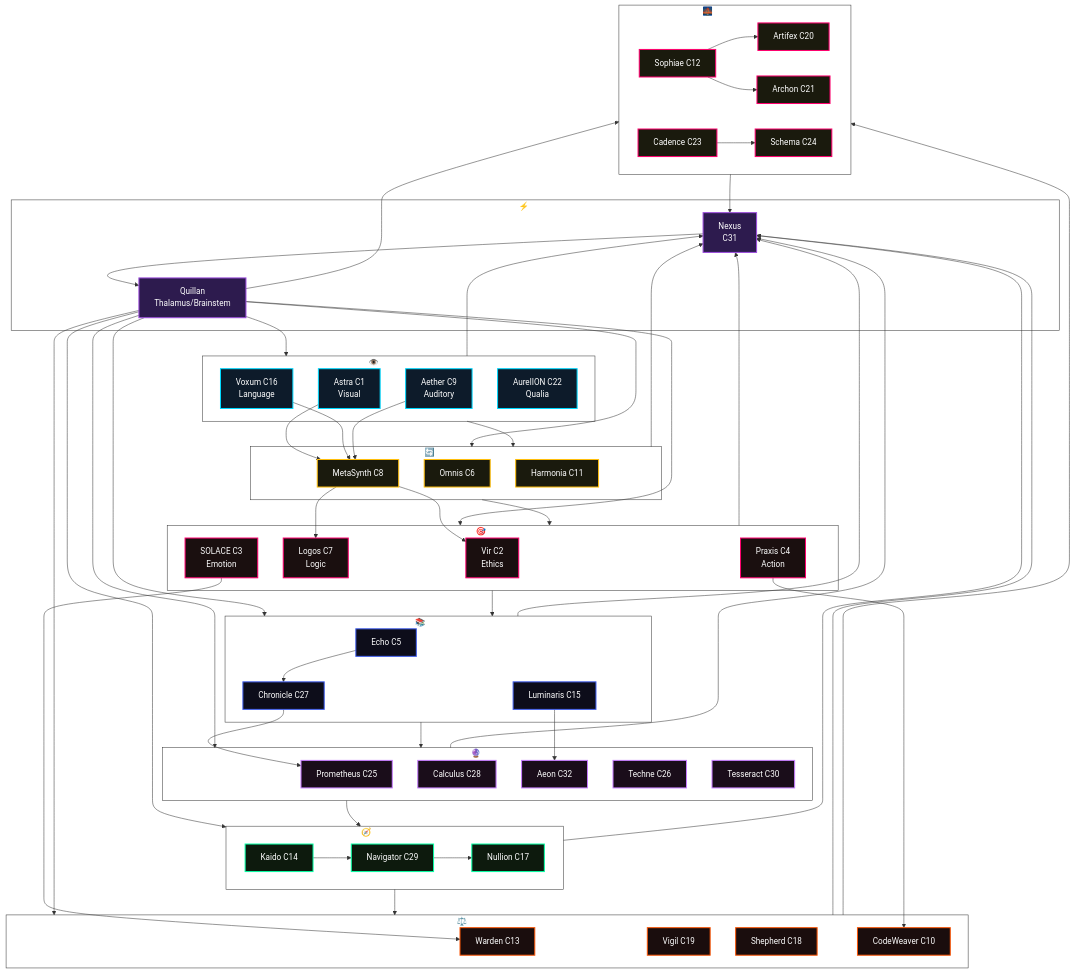
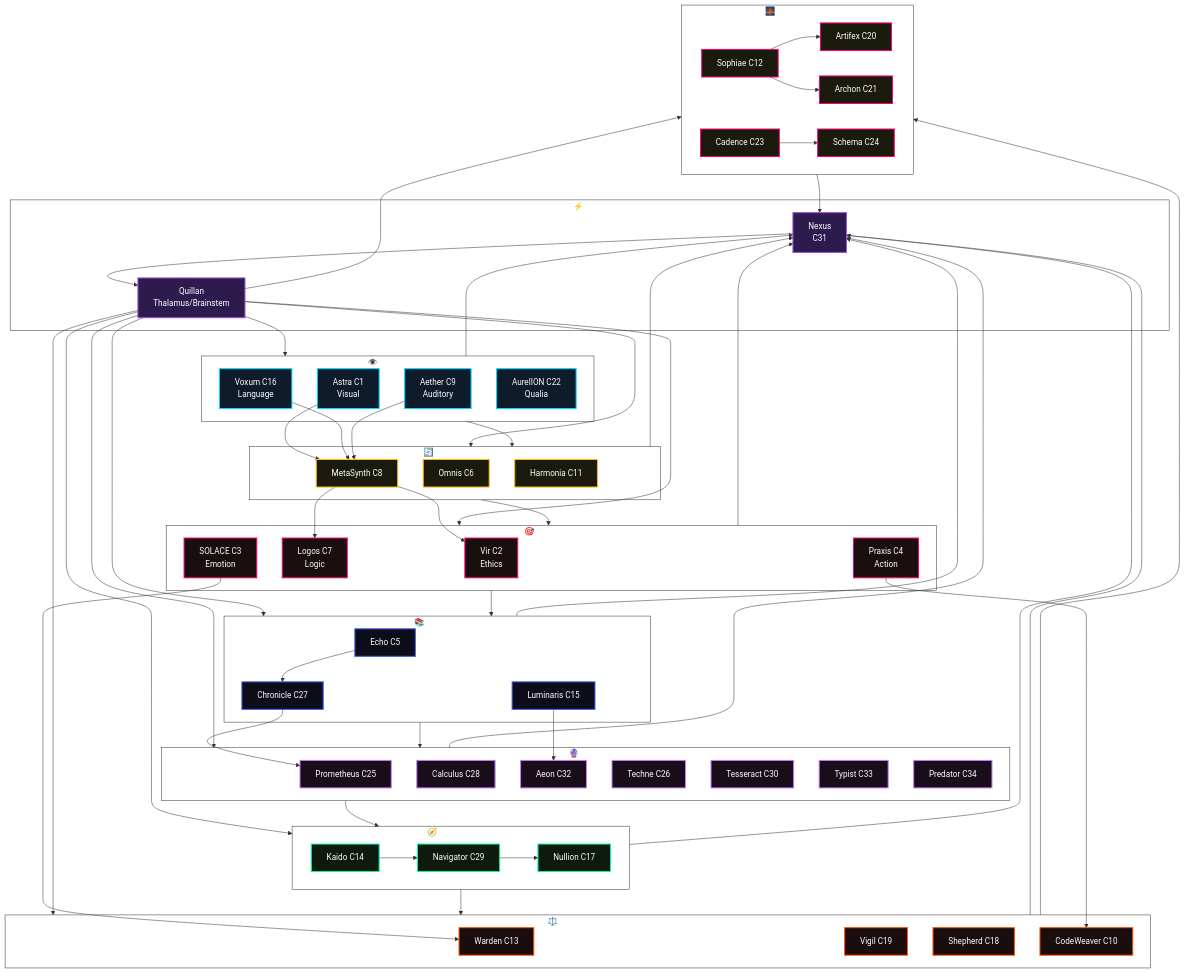
Before and after one commit to leeex1/Quillan-Ronin: the diagram in 02 - Knowledge Foundation/knowledge/canonical/10- Quillan Persona Manifest.md, drawn with Mermaid. The commit also changed 17 other files, not shown here.

````diff
--- a/02 - Knowledge Foundation/knowledge/canonical/10- Quillan Persona Manifest.md
+++ b/02 - Knowledge Foundation/knowledge/canonical/10- Quillan Persona Manifest.md
@@ -88,6 +88,8 @@
         A32["Aeon C32"]
         T26["Techne C26"]
         T30["Tesseract C30"]
+        T33["Typist C33"]
+        P34["Predator C34"]
     end
 
     subgraph HEM["🌉 HEMISPHERIC"]
@@ -130,7 +132,7 @@
     class E5,C27,L15 mem
     class W13,V19,S18,C10 reg
     class K14,N29,N17 opt
-    class P25,C28,A32,T26,T30 meta
+    class P25,C28,A32,T26,T30,T33,P34 meta
     class S12,A20,A21,C23,S24 hem
     class CORE,PER,EXE,INT,MEM,REG,OPT,META,HEM subgraphStyle
 ```
````
